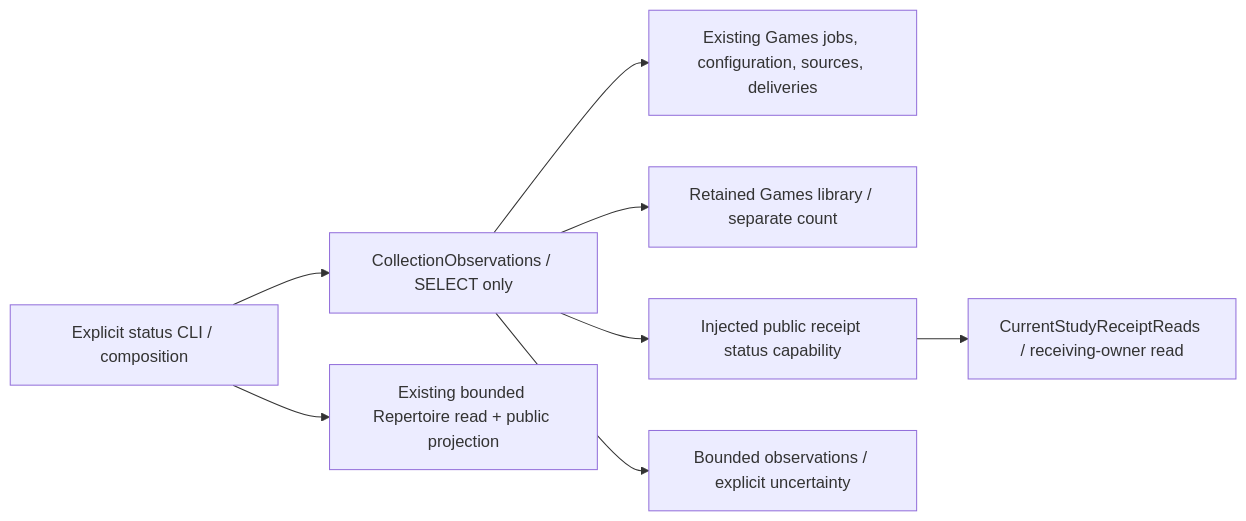
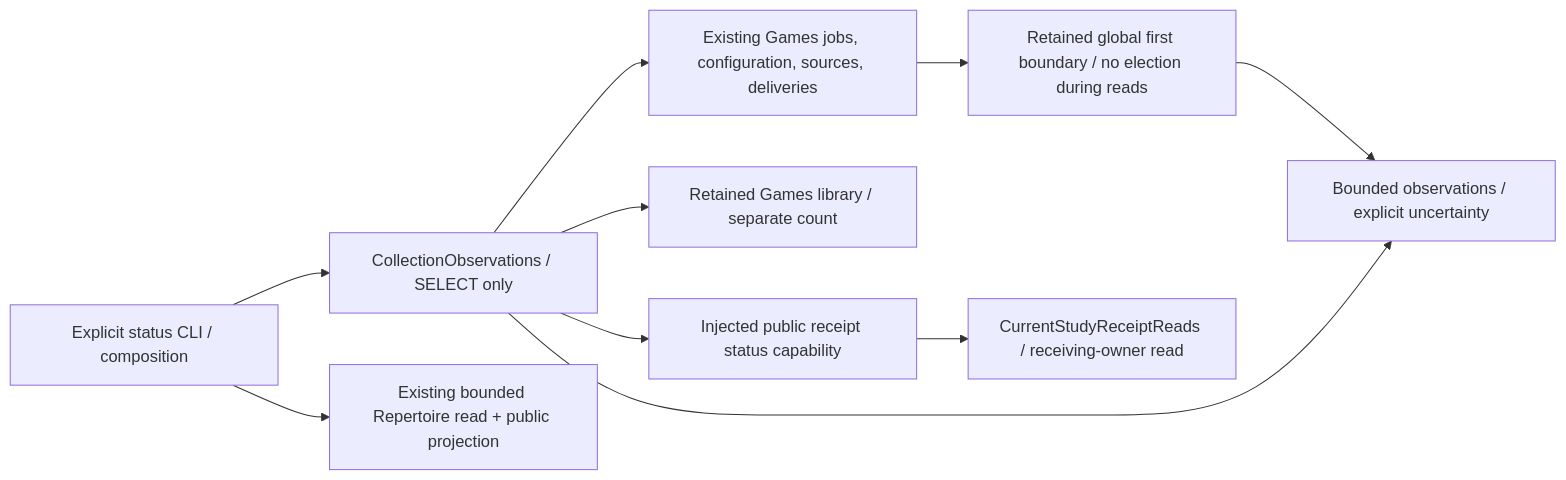
One commit to aaweaver-actuary/tempo changed the second of 2 diagrams in database/tempo_legacy_database/adapters/games/product_review/README.md. Above: the diagram before and after it, drawn with Mermaid. The commit also changed other lines of this file and 15 other files, not shown here.

Commit message:
Select one global first repertoire departure for automatic feedback

````diff
--- a/database/tempo_legacy_database/adapters/games/product_review/README.md
+++ b/database/tempo_legacy_database/adapters/games/product_review/README.md
@@ -166,10 +166,12 @@
 ```mermaid
 flowchart LR
   CLI["Explicit status CLI / composition"] --> Reader["CollectionObservations / SELECT only"]
   Reader --> Games["Existing Games jobs, configuration, sources, deliveries"]
+  Games --> Boundary["Retained global first boundary / no election during reads"]
+  Boundary --> JSON
   Reader --> Legacy["Retained Games library / separate count"]
   CLI --> Repertoire["Existing bounded Repertoire read + public projection"]
   Reader --> Port["Injected public receipt status capability"]
   Port --> Receipt["CurrentStudyReceiptReads / receiving-owner read"]
   Reader --> JSON["Bounded observations / explicit uncertainty"]
 ```
````
